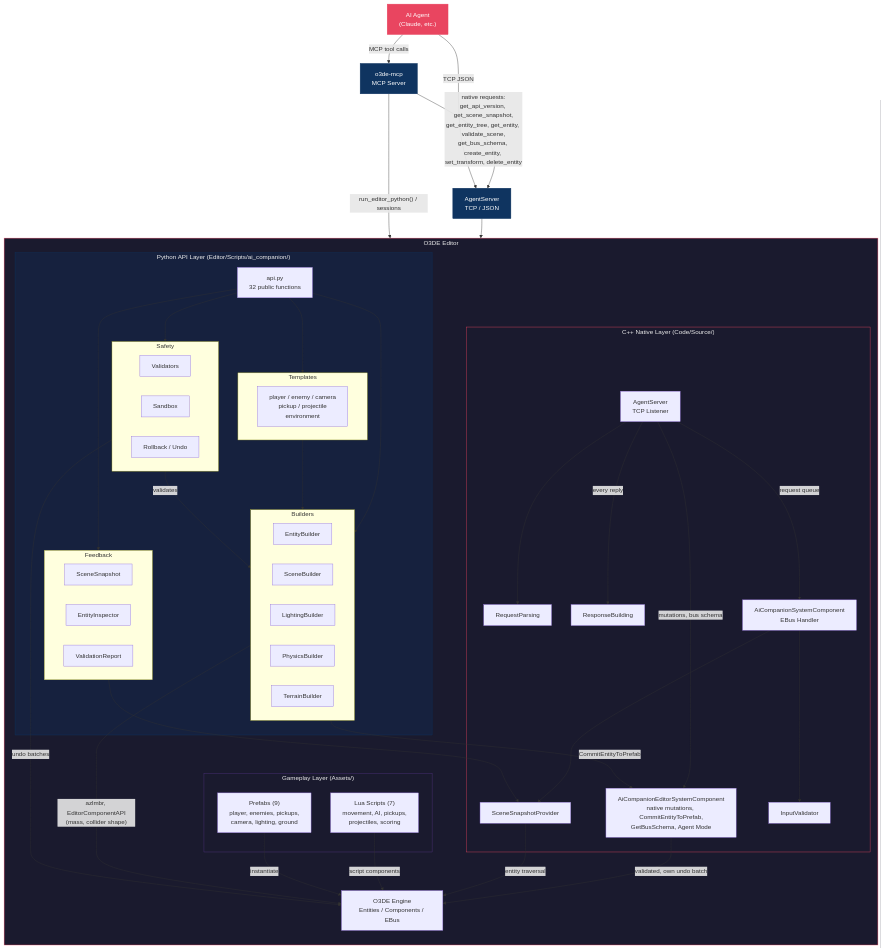
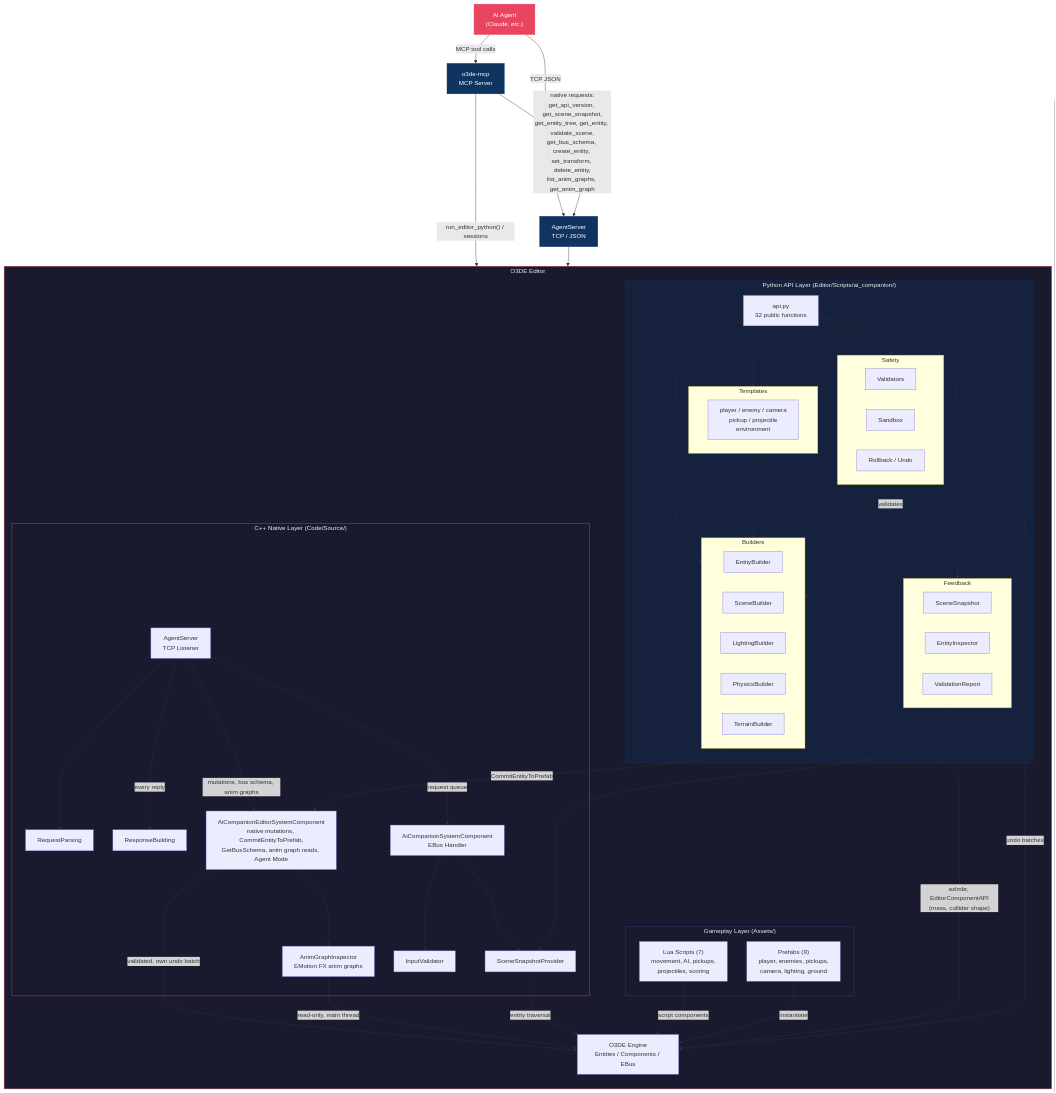
The diagram in Docs/architecture.md (nickschuetz/o3de-ai-companion-gem), drawn with Mermaid before and after one commit. The commit also changed other lines of this file and 29 other files, not shown here.

```diff
--- a/Docs/architecture.md
+++ b/Docs/architecture.md
@@ -52,7 +52,8 @@
 
         subgraph CppLayer["C++ Native Layer  (Code/Source/)"]
             SysComp["AiCompanionSystemComponent<br/>EBus Handler"]
-            EdComp["AiCompanionEditorSystemComponent<br/>native mutations, CommitEntityToPrefab,<br/>GetBusSchema, Agent Mode"]
+            EdComp["AiCompanionEditorSystemComponent<br/>native mutations, CommitEntityToPrefab,<br/>GetBusSchema, anim graph reads, Agent Mode"]
+            AGI["AnimGraphInspector<br/>EMotion FX anim graphs"]
             SSP["SceneSnapshotProvider"]
             IV["InputValidator"]
             RP["RequestParsing"]
@@ -71,13 +72,15 @@
     Agent -->|"MCP tool calls"| MCP
     Agent -->|"TCP JSON"| AgentSrv
     MCP -->|"run_editor_python() / sessions"| API
-    MCP -->|"native requests:<br/>get_api_version, get_scene_snapshot,<br/>get_entity_tree, get_entity, validate_scene,<br/>get_bus_schema, create_entity, set_transform, delete_entity"| AgentSrv
+    MCP -->|"native requests:<br/>get_api_version, get_scene_snapshot,<br/>get_entity_tree, get_entity, validate_scene,<br/>get_bus_schema, create_entity, set_transform, delete_entity,<br/>list_anim_graphs, get_anim_graph"| AgentSrv
     AgentSrv --> AS
     AS --> RP
     AS -->|"every reply"| RSP
     AS -->|"request queue"| SysComp
-    AS -->|"mutations, bus schema"| EdComp
+    AS -->|"mutations, bus schema, anim graphs"| EdComp
     EdComp -->|"validated, own undo batch"| Engine
+    EdComp --> AGI
+    AGI -->|"read-only, main thread"| Engine
     Builders -->|"CommitEntityToPrefab"| EdComp
 
     API --> Builders
```
